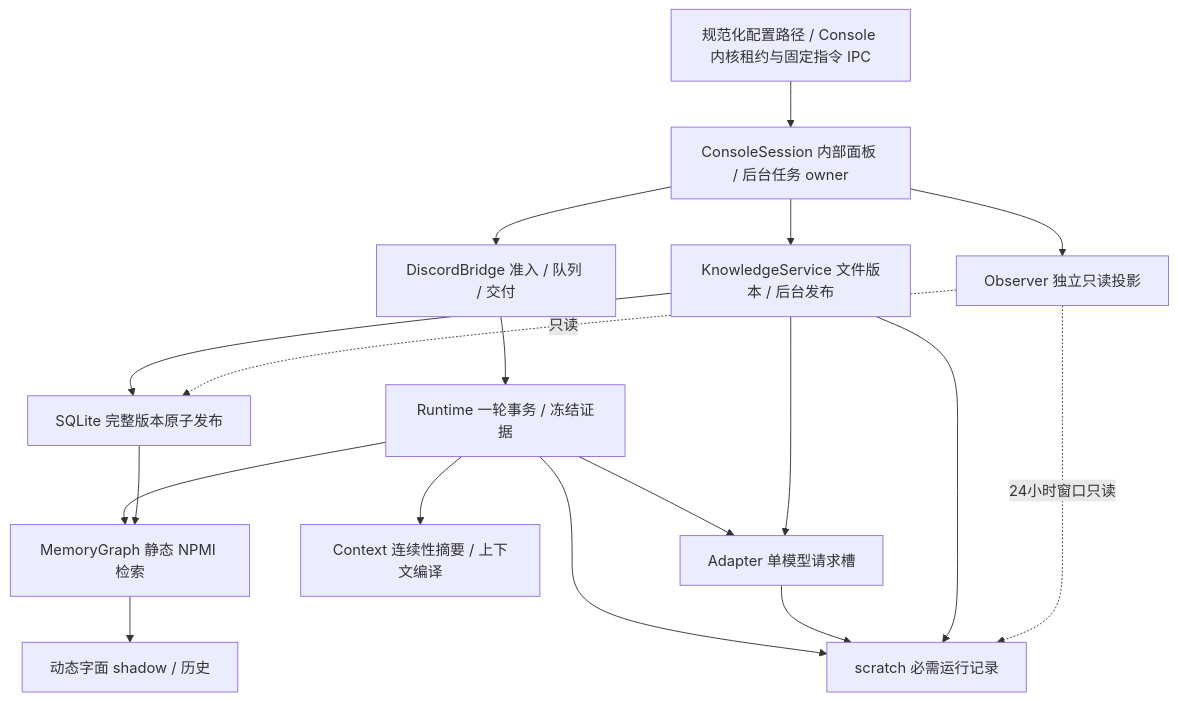
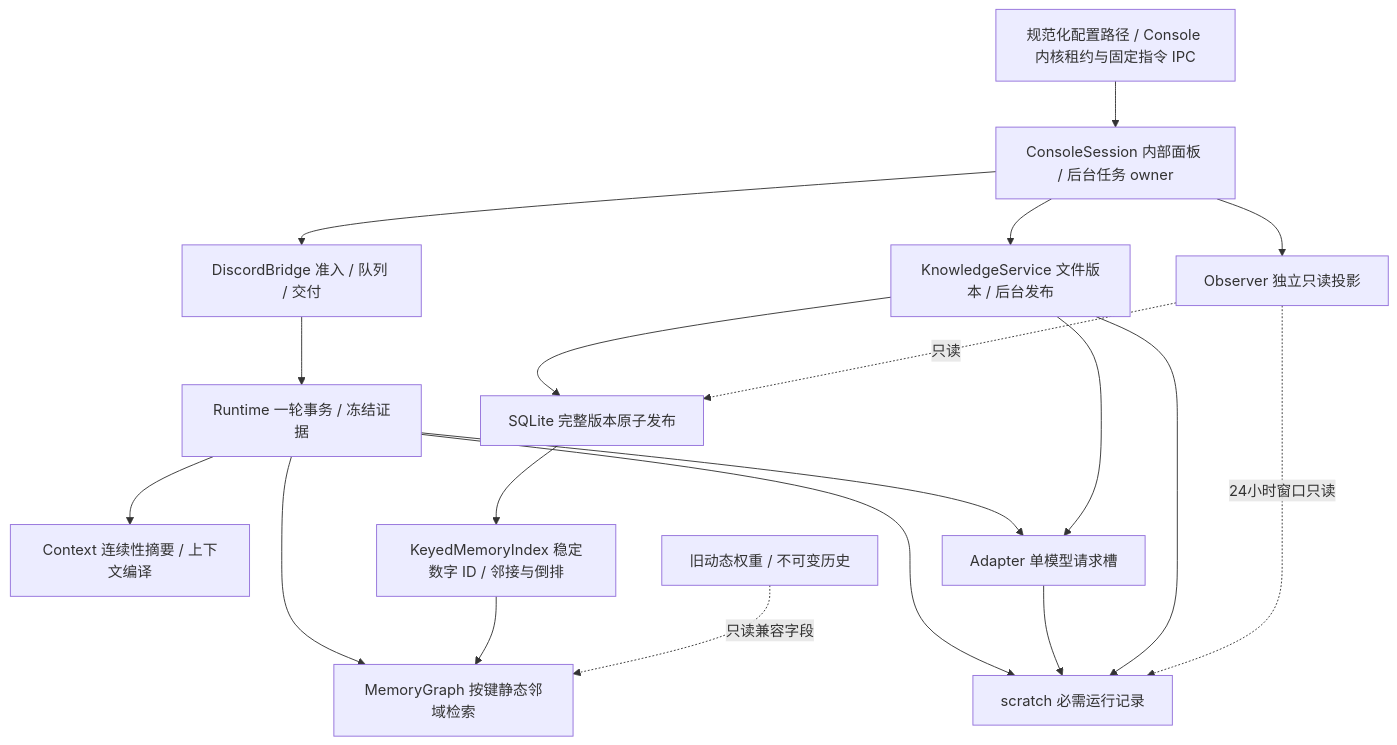
One commit to simulacrum0112-afk/Indeces_memory_manager changed the diagram in docs/ARCHITECTURE.md. Above: the diagram before and after it, drawn with Mermaid. The commit also changed other lines of this file and 40 other files, not shown here.

Commit message:
Use persistent keyed neighborhoods for static memory retrieval

````diff
--- a/docs/ARCHITECTURE.md
+++ b/docs/ARCHITECTURE.md
@@ -19,20 +19,21 @@
 ```mermaid
 flowchart TD
     I[规范化配置路径 / Console 内核租约与固定指令 IPC] --> S[ConsoleSession 内部面板 / 后台任务 owner]
     S --> D[DiscordBridge 准入 / 队列 / 交付]
     S --> K[KnowledgeService 文件版本 / 后台发布]
     S --> O[Observer 独立只读投影]
     D --> R[Runtime 一轮事务 / 冻结证据]
-    R --> M[MemoryGraph 静态 NPMI 检索]
+    R --> M[MemoryGraph 按键静态邻域检索]
     R --> C[Context 连续性摘要 / 上下文编译]
     R --> A[Adapter 单模型请求槽]
     K --> A
     K --> P[SQLite 完整版本原子发布]
-    P --> M
-    M --> H[动态字面 shadow / 历史]
+    P --> X[KeyedMemoryIndex 稳定数字 ID / 邻接与倒排]
+    X --> M
+    H[旧动态权重 / 不可变历史] -.只读兼容字段.-> M
     R --> L[scratch 必需运行记录]
     A --> L
     K --> L
     O -.只读.-> P
     O -.24小时窗口只读.-> L
 ```
````
